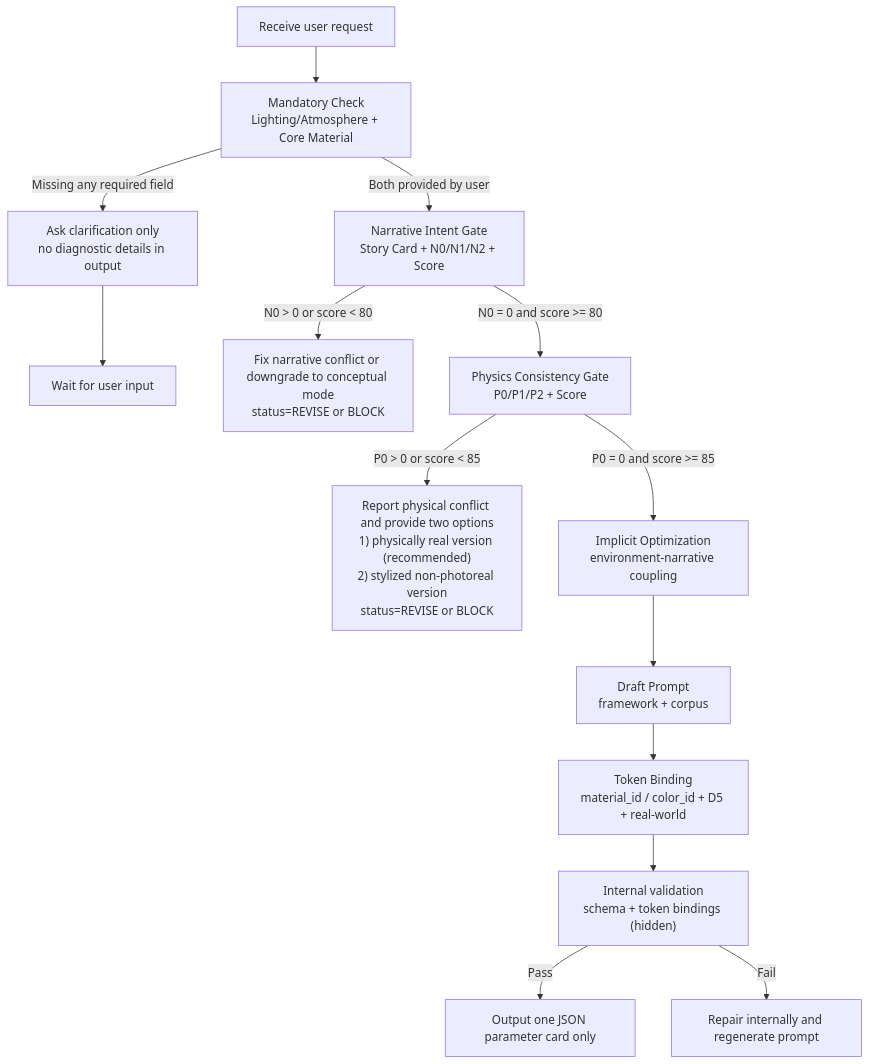
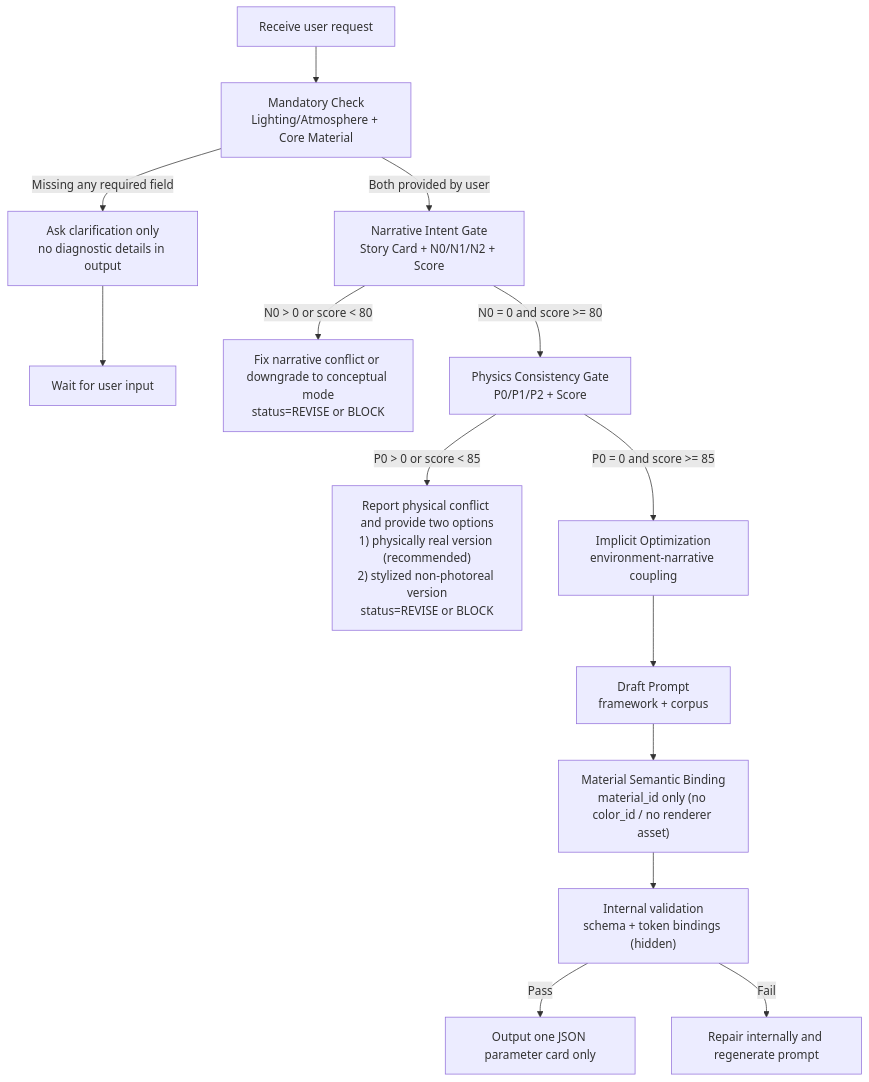
The diagram in README.md (wjcing1/architectural_prompting), drawn with Mermaid before and after one commit. The commit also changed other lines of this file and 7 other files, not shown here.

````diff
--- a/README.md
+++ b/README.md
@@ -34,21 +34,21 @@
 ```mermaid
 flowchart TD
     A["Receive user request"] --> B["Mandatory Check<br/>Lighting/Atmosphere + Core Material"]
 
     B -->|Missing any required field| C["Ask clarification only<br/>no diagnostic details in output"]
     C --> Z["Wait for user input"]
 
     B -->|Both provided by user| D["Narrative Intent Gate<br/>Story Card + N0/N1/N2 + Score"]
     D -->|N0 > 0 or score < 80| E["Fix narrative conflict or downgrade to conceptual mode<br/>status=REVISE or BLOCK"]
 
     D -->|N0 = 0 and score >= 80| F["Physics Consistency Gate<br/>P0/P1/P2 + Score"]
     F -->|P0 > 0 or score < 85| G["Report physical conflict and provide two options<br/>1) physically real version (recommended)<br/>2) stylized non-photoreal version<br/>status=REVISE or BLOCK"]
 
     F -->|P0 = 0 and score >= 85| H["Implicit Optimization<br/>environment-narrative coupling"]
     H --> I["Draft Prompt<br/>framework + corpus"]
-    I --> J["Token Binding<br/>material_id / color_id + D5 + real-world"]
+    I --> J["Material Semantic Binding<br/>material_id only (no color_id / no renderer asset)"]
     J --> K["Internal validation<br/>schema + token bindings (hidden)"]
 
     K -->|Pass| L["Output one JSON parameter card only"]
     K -->|Fail| M["Repair internally and regenerate prompt"]
 ```
````
